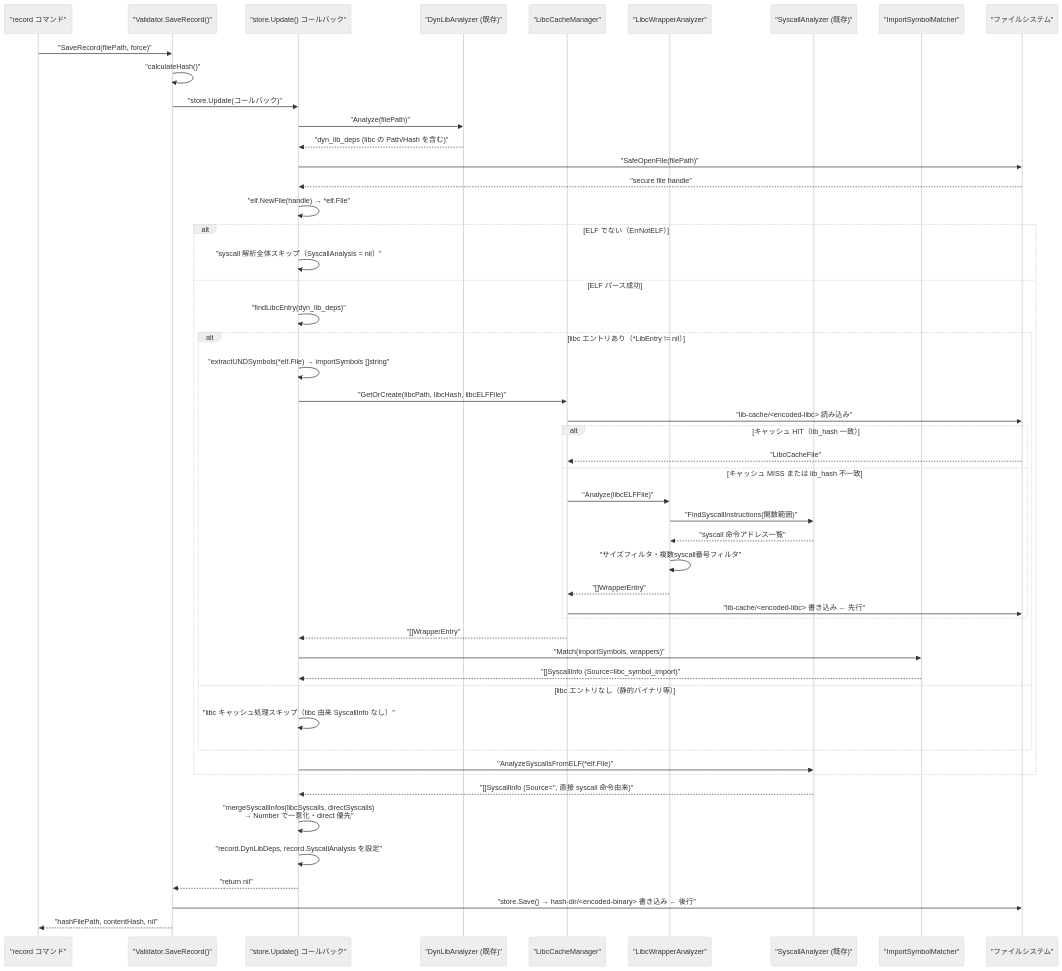
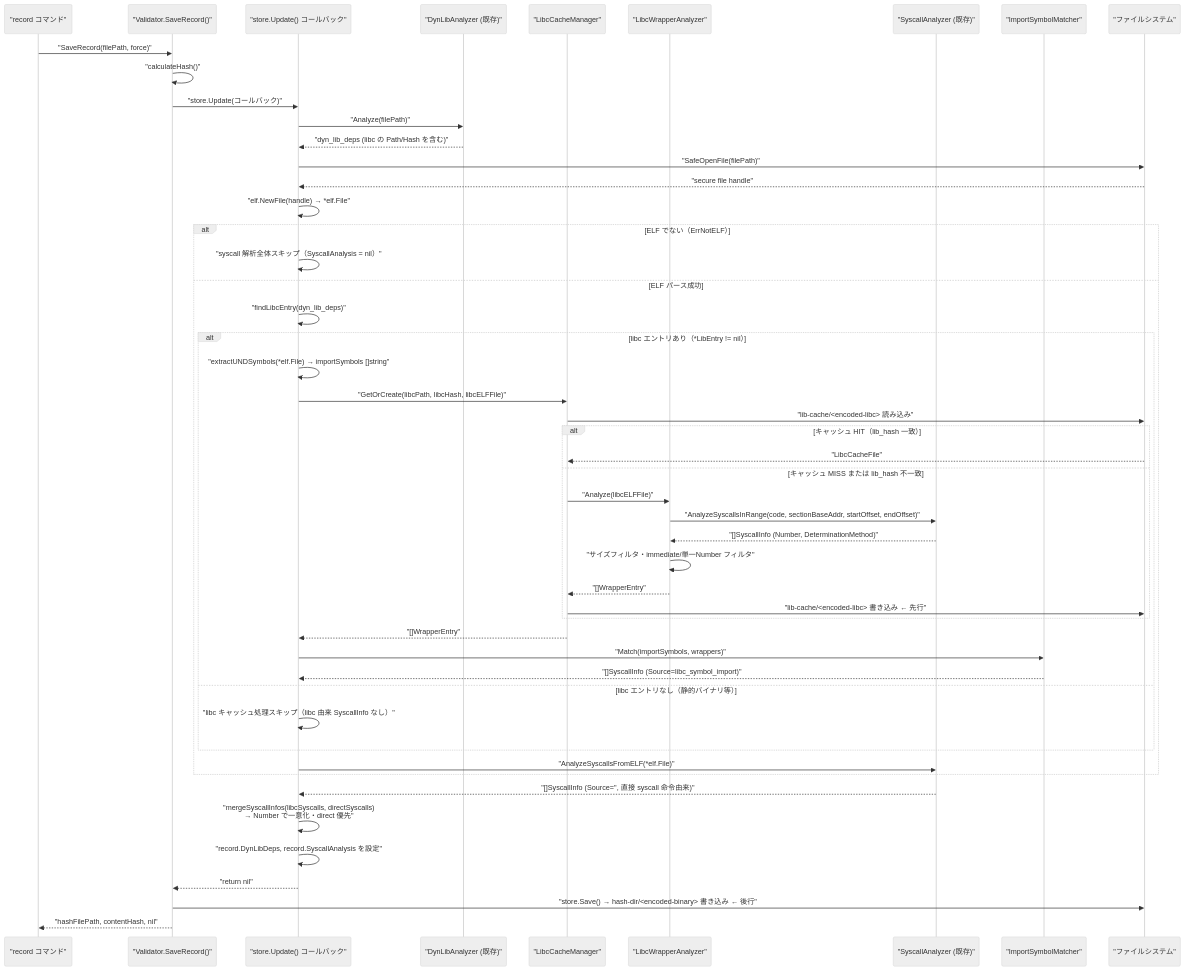
One commit to isseis/go-safe-cmd-runner changed the fourth of 9 diagrams in docs/tasks/0079_libc_syscall_wrapper_cache/02_architecture.md. Above: the diagram before and after it, drawn with Mermaid (neutral theme). The commit also changed other lines of this file, not shown here.

Commit message:
docs(tasks/0079): align API references to AnalyzeSyscallsInRange
Replace inconsistent FindSyscallInstructions references with the adopted
AnalyzeSyscallsInRange API (4-argument form) in sequence diagram and
step 3 of LibcWrapperAnalyzer processing steps. Remove the stale decoder
and table arguments that were not part of the decided signature.

````diff
--- a/docs/tasks/0079_libc_syscall_wrapper_cache/02_architecture.md
+++ b/docs/tasks/0079_libc_syscall_wrapper_cache/02_architecture.md
@@ -123,53 +123,53 @@
 ```mermaid
 sequenceDiagram
     participant RC as "record コマンド"
     participant V as "Validator.SaveRecord()"
     participant CB as "store.Update() コールバック"
     participant DA as "DynLibAnalyzer (既存)"
     participant CM as "LibcCacheManager"
     participant WA as "LibcWrapperAnalyzer"
     participant SA as "SyscallAnalyzer (既存)"
     participant IM as "ImportSymbolMatcher"
     participant FS as "ファイルシステム"
 
     RC->>V: "SaveRecord(filePath, force)"
     V->>V: "calculateHash()"
     V->>CB: "store.Update(コールバック)"
     CB->>DA: "Analyze(filePath)"
     DA-->>CB: "dyn_lib_deps (libc の Path/Hash を含む)"
     CB->>FS: "SafeOpenFile(filePath)"
     FS-->>CB: "secure file handle"
     CB->>CB: "elf.NewFile(handle) → *elf.File"
     alt ELF でない（ErrNotELF）
         CB->>CB: "syscall 解析全体スキップ（SyscallAnalysis = nil）"
     else ELF パース成功
         CB->>CB: "findLibcEntry(dyn_lib_deps)"
         alt libc エントリあり（*LibEntry != nil）
             CB->>CB: "extractUNDSymbols(*elf.File) → importSymbols []string"
             CB->>CM: "GetOrCreate(libcPath, libcHash, libcELFFile)"
             CM->>FS: "lib-cache/<encoded-libc> 読み込み"
             alt キャッシュ HIT（lib_hash 一致）
                 FS-->>CM: "LibcCacheFile"
             else キャッシュ MISS または lib_hash 不一致
                 CM->>WA: "Analyze(libcELFFile)"
-                WA->>SA: "FindSyscallInstructions(関数範囲)"
-                SA-->>WA: "syscall 命令アドレス一覧"
-                WA->>WA: "サイズフィルタ・複数syscall番号フィルタ"
+                WA->>SA: "AnalyzeSyscallsInRange(code, sectionBaseAddr, startOffset, endOffset)"
+                SA-->>WA: "[]SyscallInfo (Number, DeterminationMethod)"
+                WA->>WA: "サイズフィルタ・immediate/単一Number フィルタ"
                 WA-->>CM: "[]WrapperEntry"
                 CM->>FS: "lib-cache/<encoded-libc> 書き込み  ← 先行"
             end
             CM-->>CB: "[]WrapperEntry"
             CB->>IM: "Match(importSymbols, wrappers)"
             IM-->>CB: "[]SyscallInfo (Source=libc_symbol_import)"
         else libc エントリなし（静的バイナリ等）
             CB->>CB: "libc キャッシュ処理スキップ（libc 由来 SyscallInfo なし）"
         end
         CB->>SA: "AnalyzeSyscallsFromELF(*elf.File)"
     end
     SA-->>CB: "[]SyscallInfo (Source='', 直接 syscall 命令由来)"
     CB->>CB: "mergeSyscallInfos(libcSyscalls, directSyscalls)<br>→ Number で一意化・direct 優先"
     CB->>CB: "record.DynLibDeps, record.SyscallAnalysis を設定"
     CB-->>V: "return nil"
     V->>FS: "store.Save() → hash-dir/<encoded-binary> 書き込み  ← 後行"
     V-->>RC: "hashFilePath, contentHash, nil"
 ```
````
